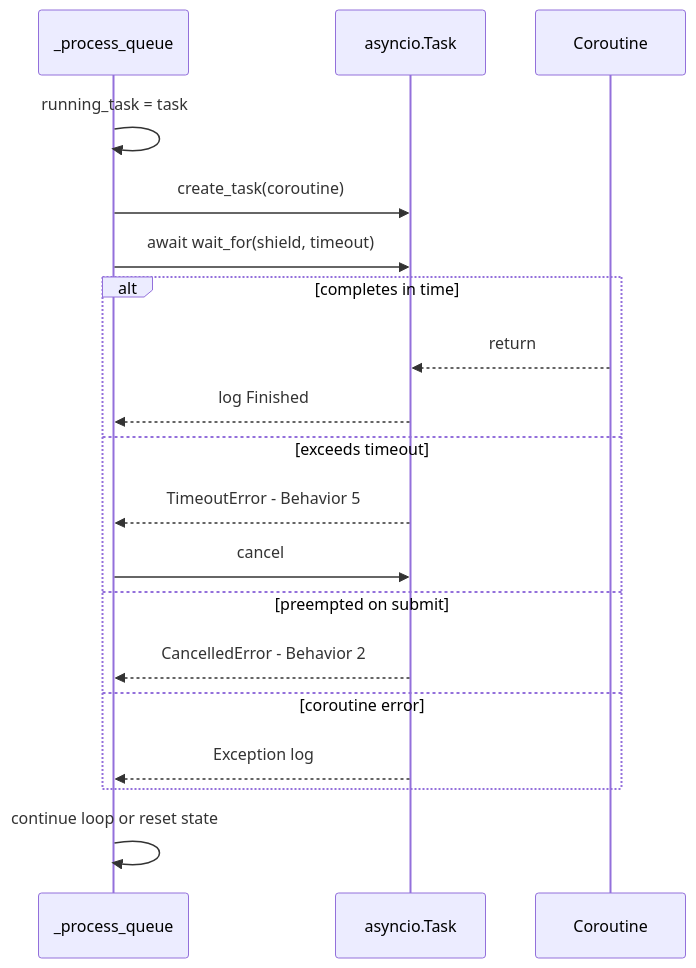
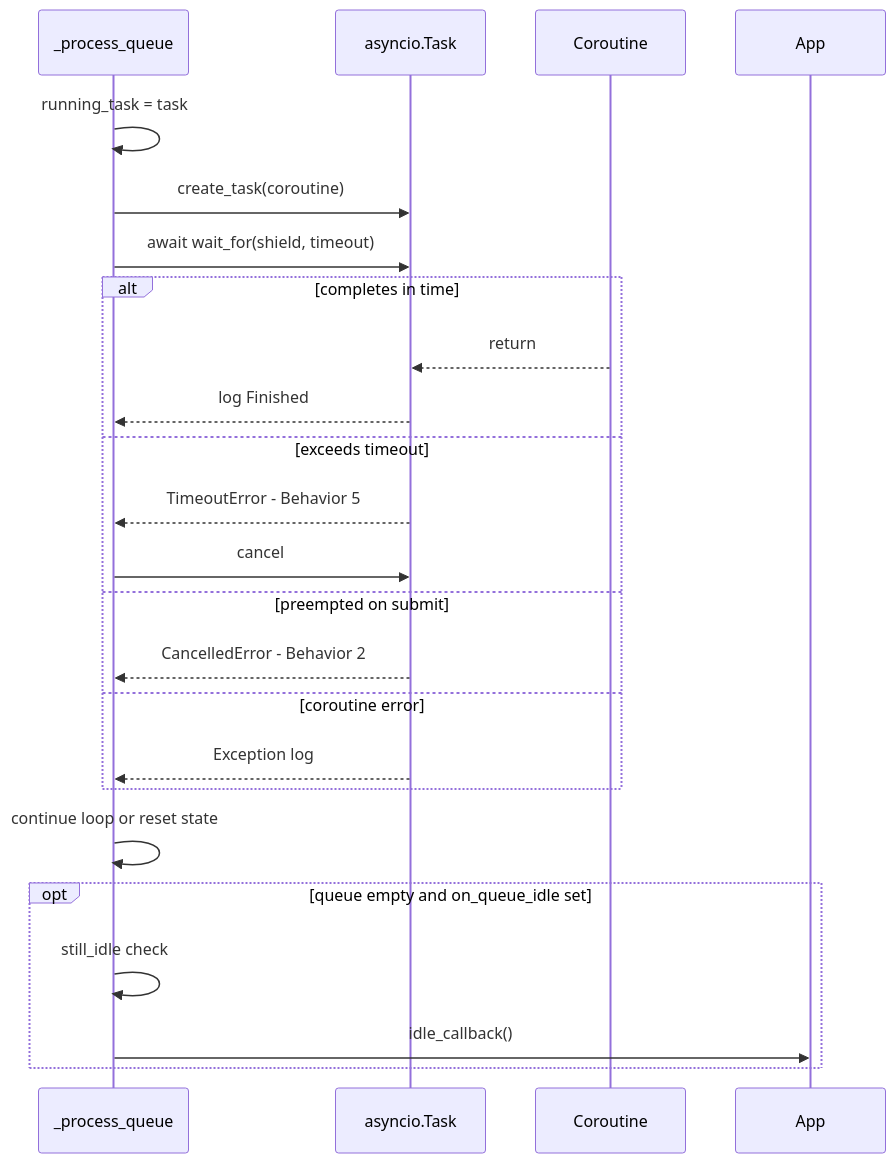
Before and after one commit to scoville/test_filter_queue: the fifth of 9 diagrams in .cursor/plans/system_architecture_workflow_b2d79ca7.plan.md, drawn with Mermaid. The commit also changed other lines of this file, not shown here.

Commit message:
update System Architecture Workflow

````diff
--- a/.cursor/plans/system_architecture_workflow_b2d79ca7.plan.md
+++ b/.cursor/plans/system_architecture_workflow_b2d79ca7.plan.md
@@ -156,24 +195,28 @@
 ```mermaid
 sequenceDiagram
     participant Process as _process_queue
     participant AsyncTask as asyncio.Task
     participant Coroutine
 
     Process->>Process: running_task = task
     Process->>AsyncTask: create_task(coroutine)
     Process->>AsyncTask: await wait_for(shield, timeout)
 
     alt completes in time
         Coroutine-->>AsyncTask: return
         AsyncTask-->>Process: log Finished
     else exceeds timeout
         AsyncTask-->>Process: TimeoutError - Behavior 5
         Process->>AsyncTask: cancel
     else preempted on submit
         AsyncTask-->>Process: CancelledError - Behavior 2
     else coroutine error
         AsyncTask-->>Process: Exception log
     end
 
     Process->>Process: continue loop or reset state
+    opt queue empty and on_queue_idle set
+        Process->>Process: still_idle check
+        Process->>App: idle_callback()
+    end
 ```
````
